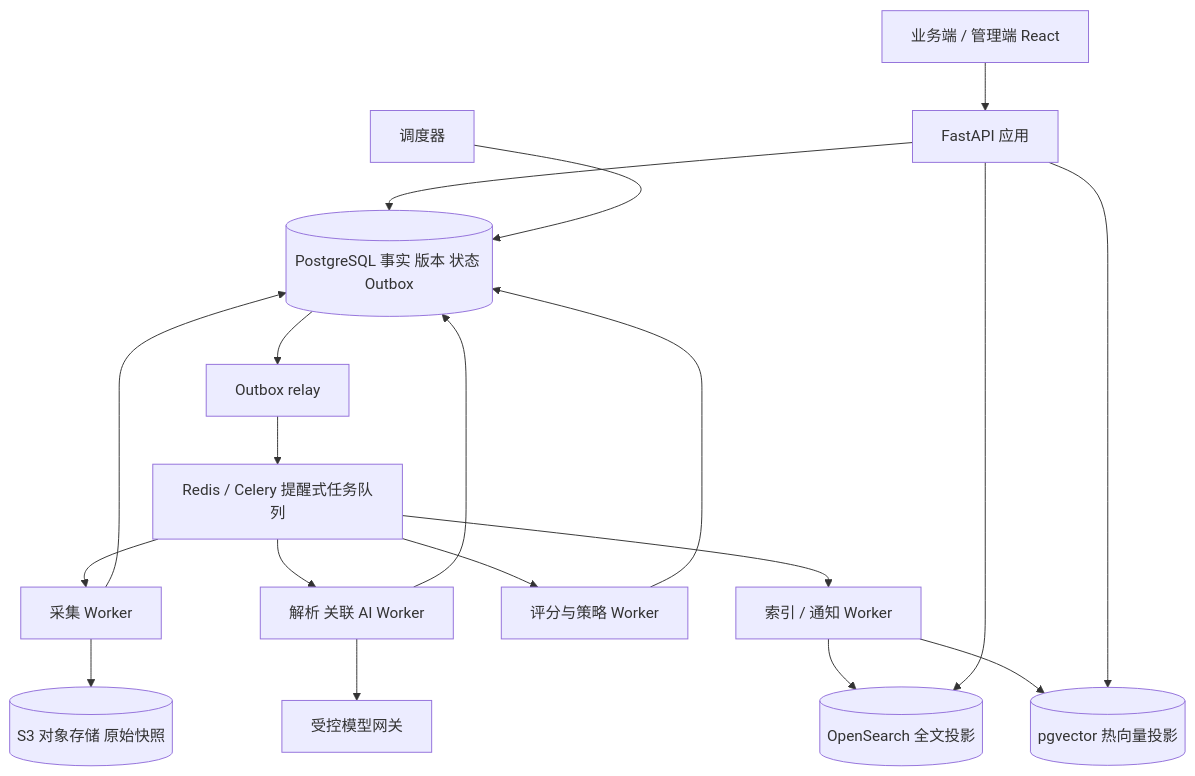
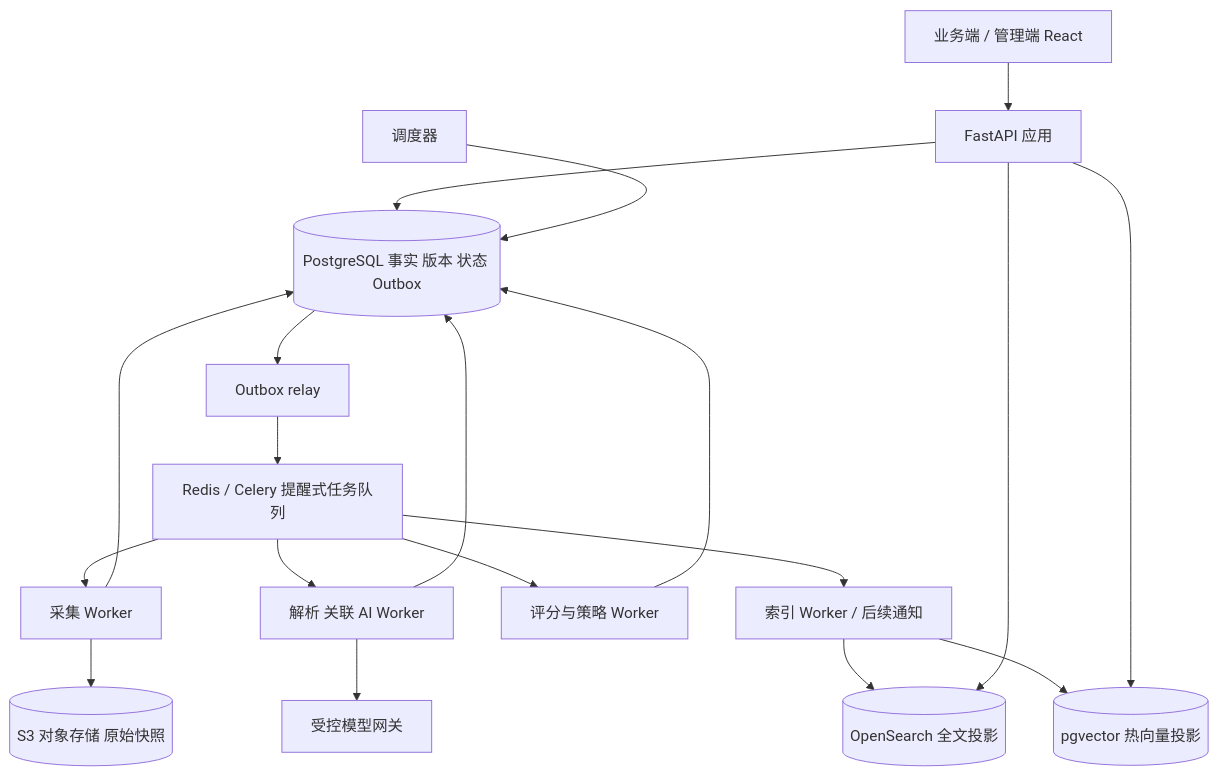
Before and after one commit to wildbyteai/value-investment-platform: the diagram in docs/03-architecture.md, drawn with Mermaid. The commit also changed other lines of this file and 60 other files, not shown here.

````diff
--- a/docs/03-architecture.md
+++ b/docs/03-architecture.md
@@ -7,21 +7,21 @@
 ```mermaid
 flowchart TB
   U[业务端 / 管理端 React] --> API[FastAPI 应用]
   API --> PG[(PostgreSQL 事实 版本 状态 Outbox)]
   SCH[调度器] --> PG
   PG --> RELAY[Outbox relay]
   RELAY --> Q[Redis / Celery 提醒式任务队列]
   Q --> CW[采集 Worker]
   Q --> AW[解析 关联 AI Worker]
   Q --> SW[评分与策略 Worker]
-  Q --> IW[索引 / 通知 Worker]
+  Q --> IW[索引 Worker / 后续通知]
   CW --> OBJ[(S3 对象存储 原始快照)]
   CW --> PG
   AW --> PG
   AW --> MG[受控模型网关]
   SW --> PG
   IW --> OS[(OpenSearch 全文投影)]
   IW --> V[(pgvector 热向量投影)]
   API --> OS
   API --> V
 ```
````
